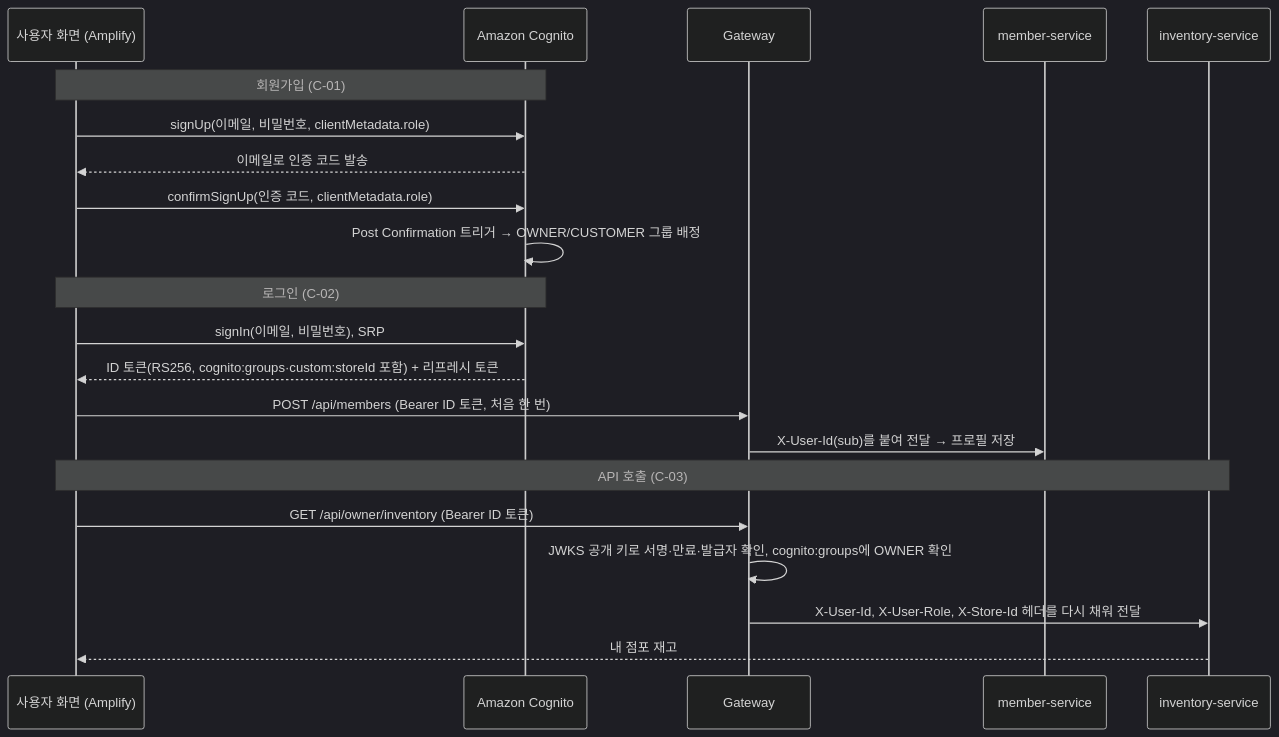
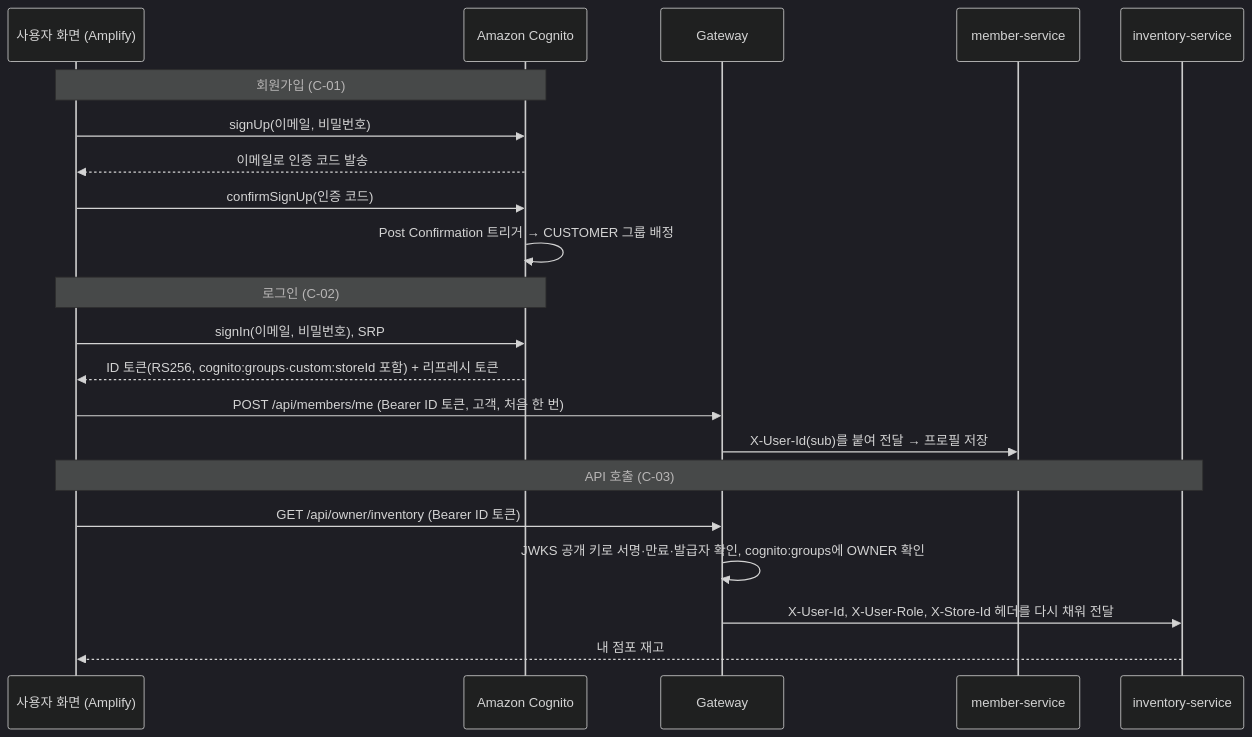
One commit to sesac-freshlink/.github changed the third of 3 diagrams in docs/기술스택과 선택이유.md. Above: the diagram before and after it, drawn with Mermaid (dark theme). The commit also changed other lines of this file and 12 other files, not shown here.

````diff
--- a/docs/기술스택과 선택이유.md
+++ b/docs/기술스택과 선택이유.md
@@ -219,26 +219,26 @@
 ```mermaid
 sequenceDiagram
     participant U as 사용자 화면 (Amplify)
     participant COG as Amazon Cognito
     participant GW as Gateway
     participant MEM as member-service
     participant INV as inventory-service
 
     Note over U,COG: 회원가입 (C-01)
-    U->>COG: signUp(이메일, 비밀번호, clientMetadata.role)
+    U->>COG: signUp(이메일, 비밀번호)
     COG-->>U: 이메일로 인증 코드 발송
-    U->>COG: confirmSignUp(인증 코드, clientMetadata.role)
-    COG->>COG: Post Confirmation 트리거 → OWNER/CUSTOMER 그룹 배정
+    U->>COG: confirmSignUp(인증 코드)
+    COG->>COG: Post Confirmation 트리거 → CUSTOMER 그룹 배정
 
     Note over U,COG: 로그인 (C-02)
     U->>COG: signIn(이메일, 비밀번호), SRP
     COG-->>U: ID 토큰(RS256, cognito:groups·custom:storeId 포함) + 리프레시 토큰
-    U->>GW: POST /api/members (Bearer ID 토큰, 처음 한 번)
+    U->>GW: POST /api/members/me (Bearer ID 토큰, 고객, 처음 한 번)
     GW->>MEM: X-User-Id(sub)를 붙여 전달 → 프로필 저장
 
     Note over U,INV: API 호출 (C-03)
     U->>GW: GET /api/owner/inventory (Bearer ID 토큰)
     GW->>GW: JWKS 공개 키로 서명·만료·발급자 확인, cognito:groups에 OWNER 확인
     GW->>INV: X-User-Id, X-User-Role, X-Store-Id 헤더를 다시 채워 전달
     INV-->>U: 내 점포 재고
 ```
````
